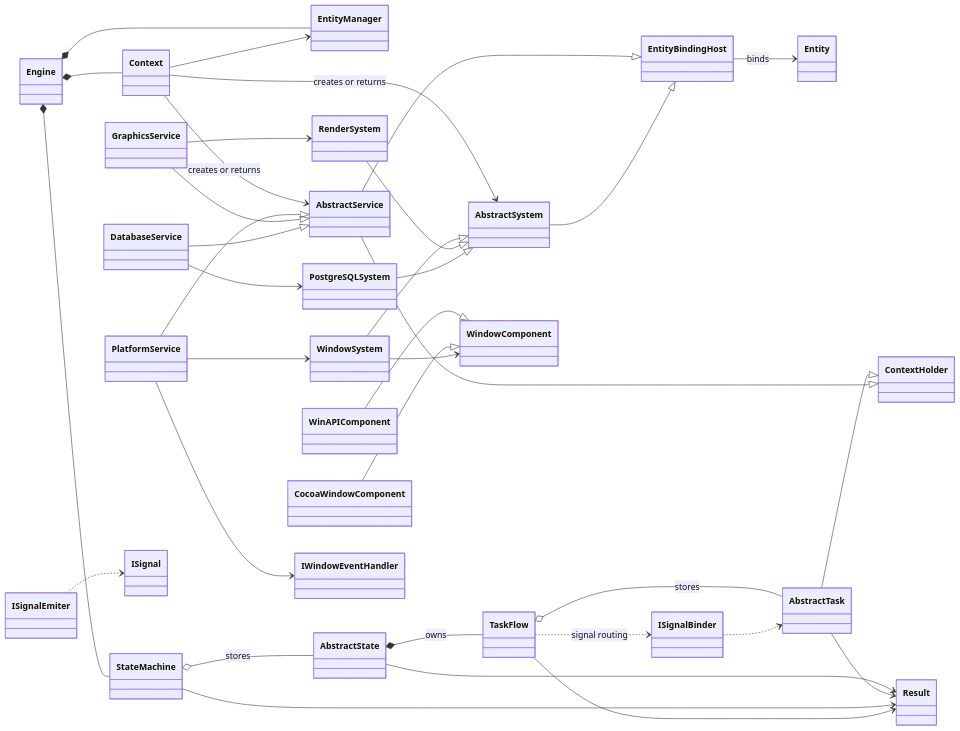
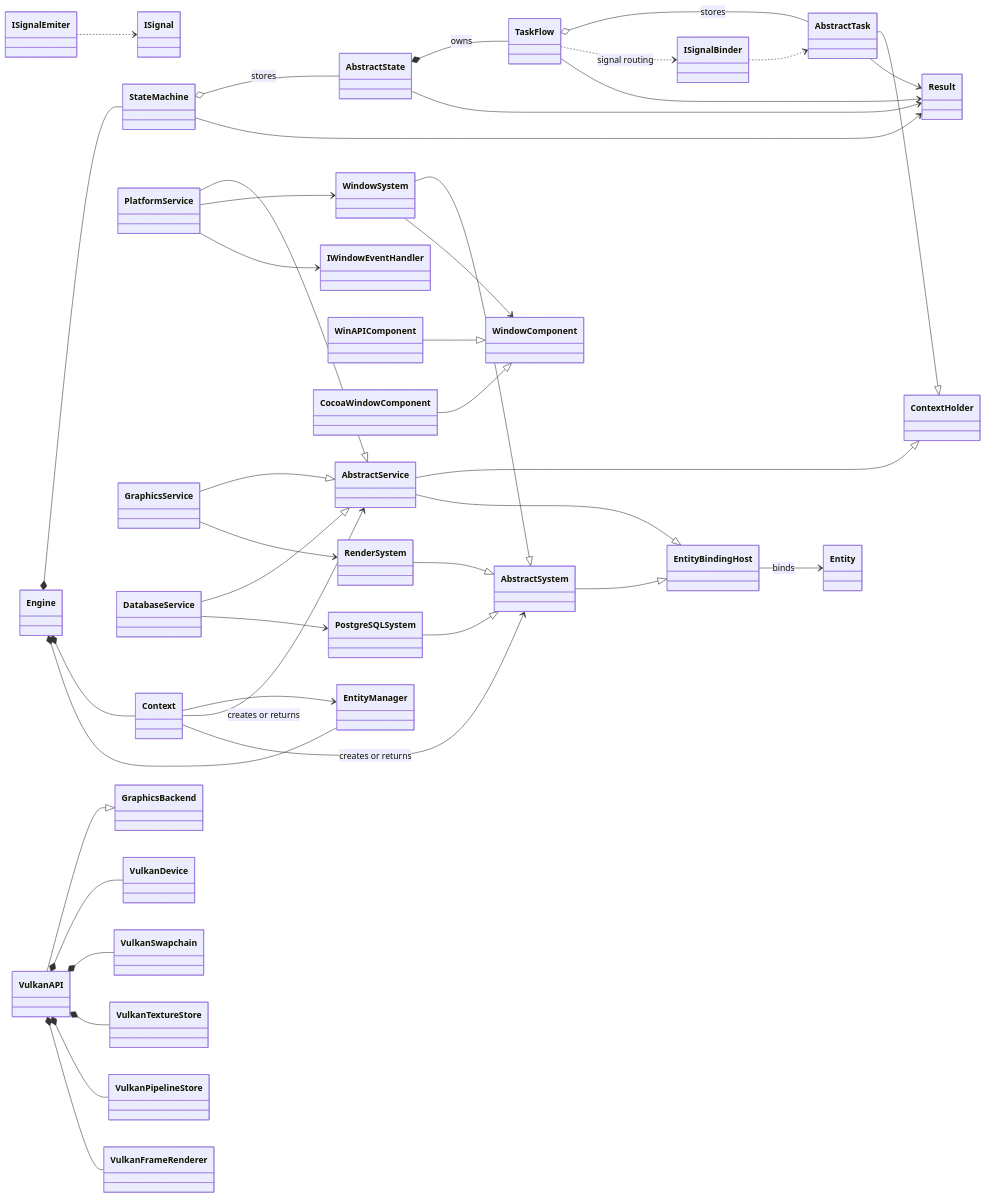
The diagram in doc/core-class-diagram.md (vigine-dev/Vigine), drawn with Mermaid before and after one commit. The commit also changed 67 other files, not shown here.

Commit message:
Refactor VulkanAPI class(#73)

```diff
--- a/doc/core-class-diagram.md
+++ b/doc/core-class-diagram.md
@@ -35,6 +35,14 @@
 class ISignal
 class ISignalEmiter
 class ISignalBinder
+
+class GraphicsBackend
+class VulkanAPI
+class VulkanDevice
+class VulkanSwapchain
+class VulkanTextureStore
+class VulkanPipelineStore
+class VulkanFrameRenderer
 
 Engine *-- StateMachine
 Engine *-- Context
@@ -73,6 +81,13 @@
 ISignalEmiter ..> ISignal
 ISignalBinder ..> AbstractTask
 
+VulkanAPI --|> GraphicsBackend
+VulkanAPI *-- VulkanDevice
+VulkanAPI *-- VulkanSwapchain
+VulkanAPI *-- VulkanTextureStore
+VulkanAPI *-- VulkanPipelineStore
+VulkanAPI *-- VulkanFrameRenderer
+
 EntityBindingHost --> Entity : binds
 AbstractState --> Result
 AbstractTask --> Result
```
